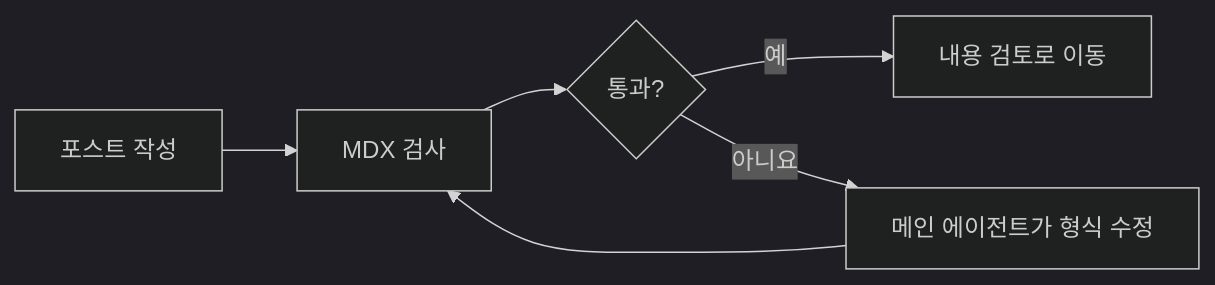
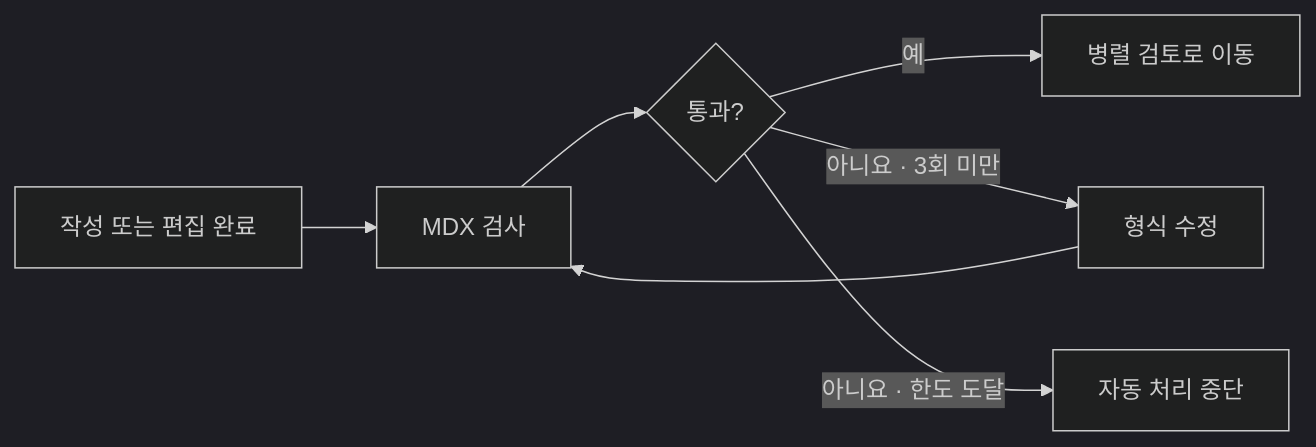
The first of 3 diagrams in contents/blog-posts/22-엔지니어링-뭐-이론은-알겠고-실전에서는-어떻게-쓸까.mdx (wonseok-han/my-blog), drawn with Mermaid (dark theme) before and after one commit. The commit also changed other lines of this file, not shown here.

````diff
--- a/contents/blog-posts/22-엔지니어링-뭐-이론은-알겠고-실전에서는-어떻게-쓸까.mdx
+++ b/contents/blog-posts/22-엔지니어링-뭐-이론은-알겠고-실전에서는-어떻게-쓸까.mdx
@@ -361,8 +332,9 @@
 ```mermaid
 flowchart LR
-    A["포스트 작성"] --> B["MDX 검사"]
+    A["작성 또는 편집 완료"] --> B["MDX 검사"]
     B --> C{"통과?"}
-    C -- "예" --> D["내용 검토로 이동"]
-    C -- "아니요" --> E["메인 에이전트가 형식 수정"]
+    C -- "예" --> D["병렬 검토로 이동"]
+    C -- "아니요 · 3회 미만" --> E["형식 수정"]
     E --> B
+    C -- "아니요 · 한도 도달" --> F["자동 처리 중단"]
 ```
````
